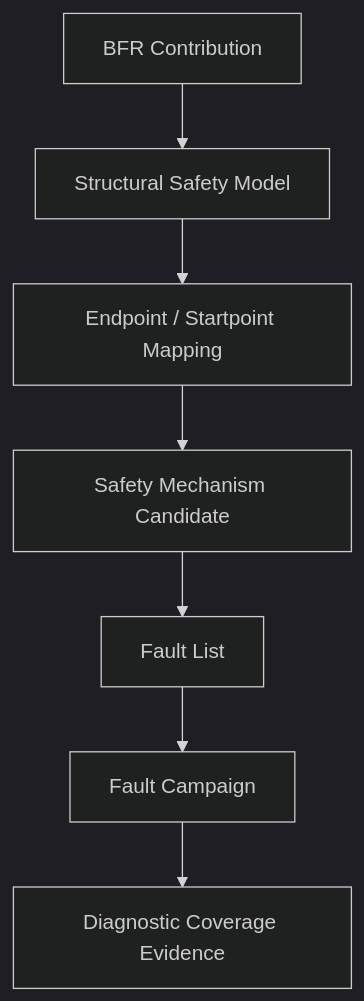
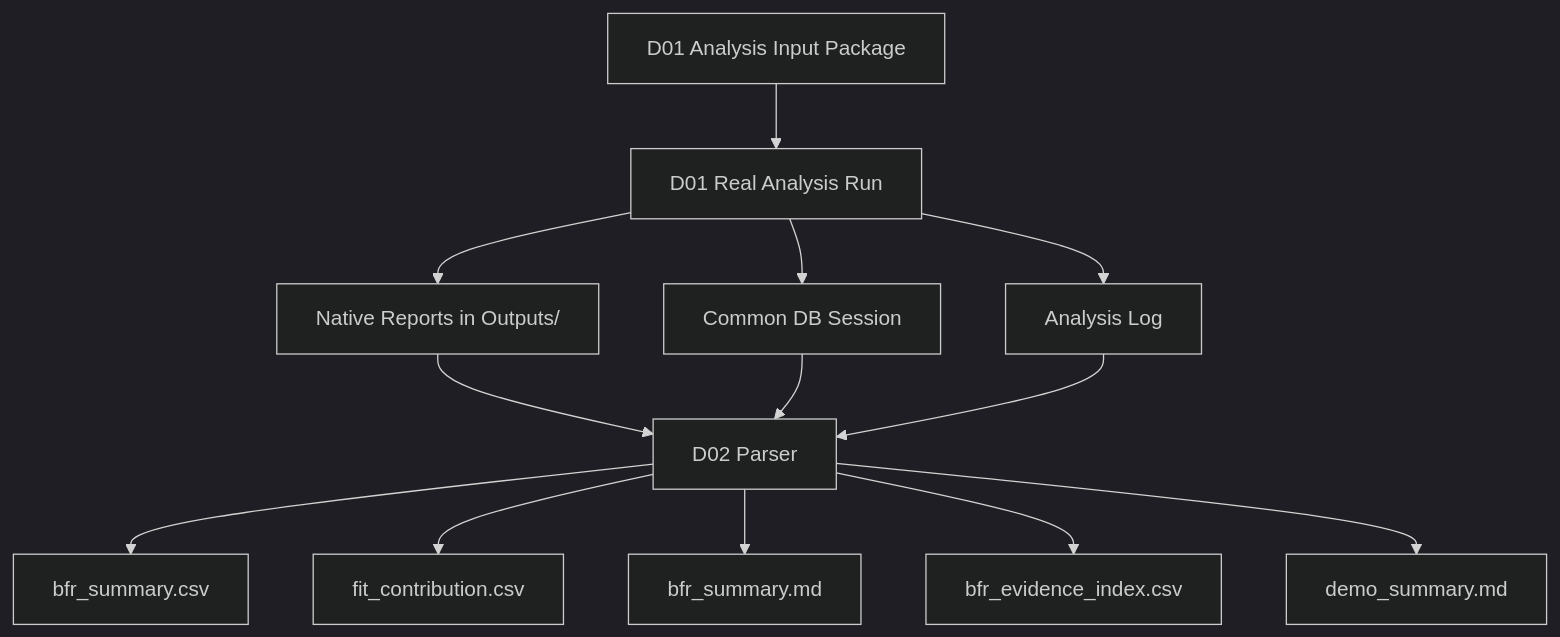
One commit to qiqixixi1001/automotive-safeic-practice changed the fourth of 4 diagrams in articles/02_automotive_safeic_practice_d02_github_en_generic.md. Above: the diagram before and after it, drawn with Mermaid (dark theme). The commit also changed other lines of this file, not shown here.

````diff
--- a/articles/02_automotive_safeic_practice_d02_github_en_generic.md
+++ b/articles/02_automotive_safeic_practice_d02_github_en_generic.md
@@ -830,9 +541,15 @@
 ```mermaid
 flowchart TD
-    A[BFR Contribution] --> B[Structural Safety Model]
-    B --> C[Endpoint / Startpoint Mapping]
-    C --> D[Safety Mechanism Candidate]
-    D --> E[Fault List]
-    E --> F[Fault Campaign]
-    F --> G[Diagnostic Coverage Evidence]
+    A[D01 Analysis Input Package] --> B[D01 Real Analysis Run]
+    B --> C[Native Reports in Outputs/]
+    B --> D[Common DB Session]
+    B --> E[Analysis Log]
+    C --> F[D02 Parser]
+    D --> F
+    E --> F
+    F --> G[bfr_summary.csv]
+    F --> H[fit_contribution.csv]
+    F --> I[bfr_summary.md]
+    F --> J[bfr_evidence_index.csv]
+    F --> K[demo_summary.md]
 ```
````
